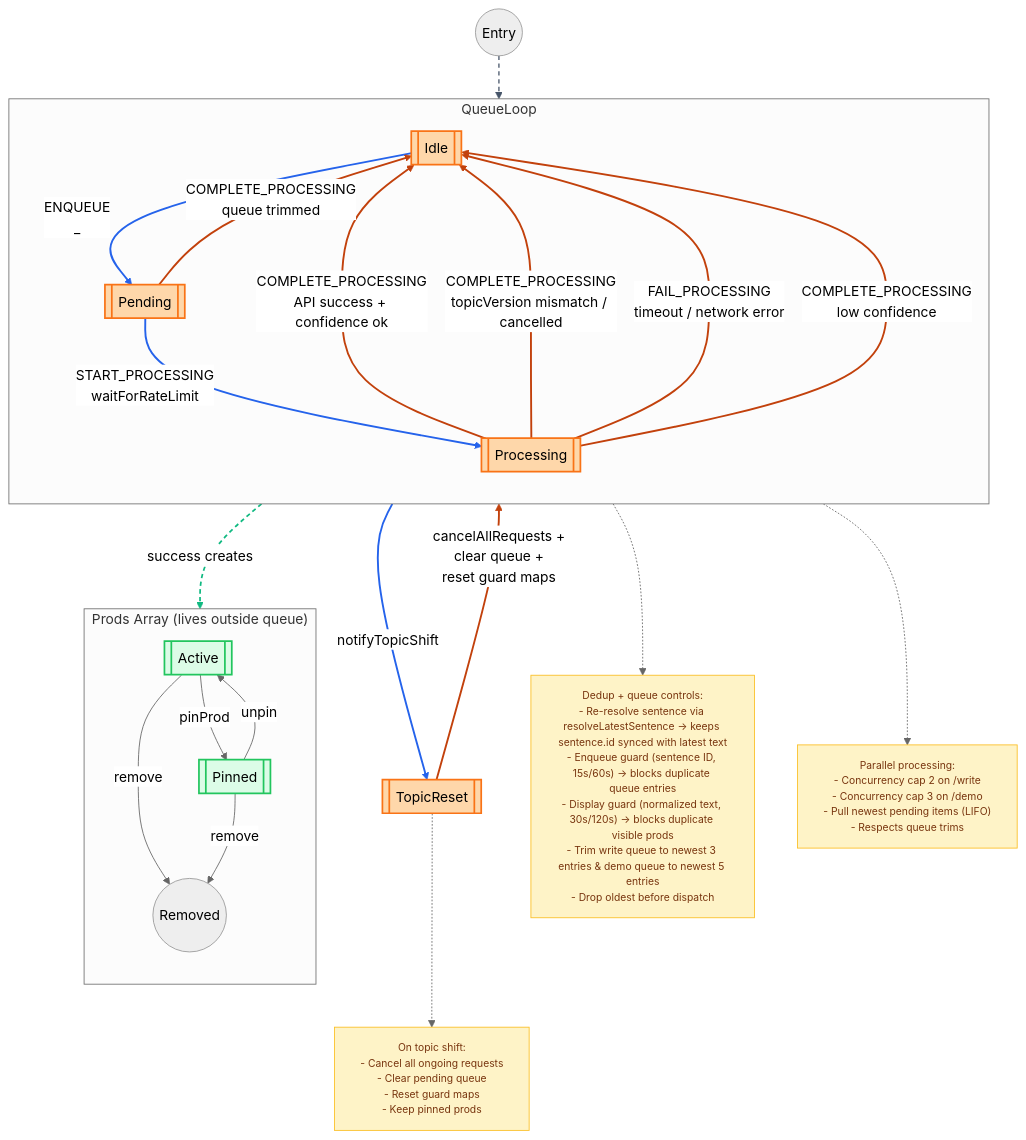
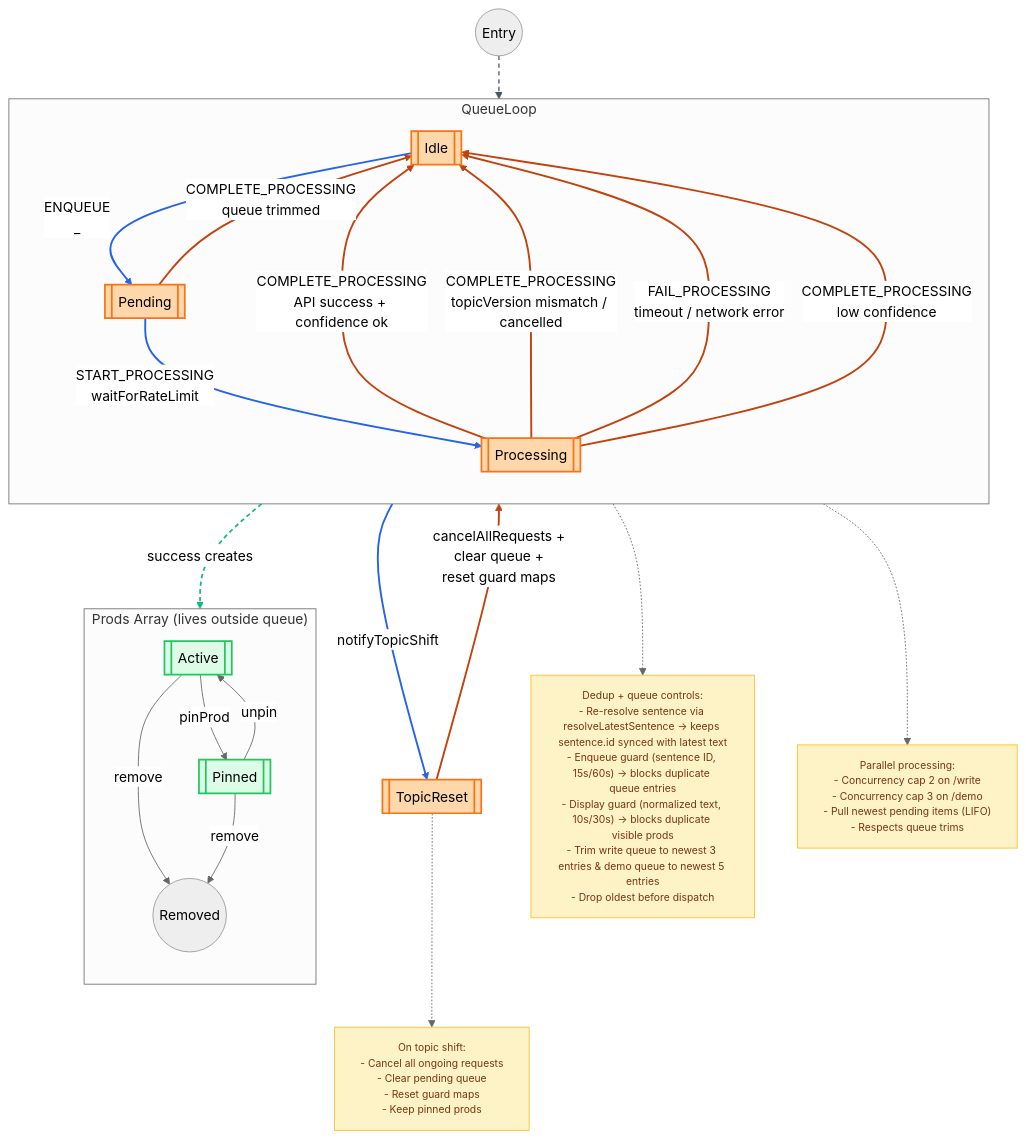
The diagram in docs/diagrams/prod-queue.mmd (andreicstoica/refract), drawn with Mermaid (neutral theme) before and after one commit. The commit also changed 4 other files, not shown here.

```diff
--- a/docs/diagrams/prod-queue.mmd
+++ b/docs/diagrams/prod-queue.mmd
@@ -1,56 +1,56 @@
 flowchart TB
   classDef note fill:#fef3c7,color:#78350f,stroke:#fbbf24,font-size:12px
   classDef queueClass fill:#fed7aa,stroke:#f97316,stroke-width:2px
   classDef stateClass fill:#dcfce7,stroke:#22c55e,stroke-width:2px
 
   subgraph QueueLoop [QueueLoop]
     direction TB
     Idle[[Idle]]
     Pending[[Pending]]
     Processing[[Processing]]
   end
 
   TopicReset[[TopicReset]]
 
   Entry((Entry)) --> Idle
   Idle -->|ENQUEUE<br>_| Pending
   Pending -->|COMPLETE_PROCESSING<br>queue trimmed| Idle
   Pending -->|START_PROCESSING<br>waitForRateLimit| Processing
   Processing -->|COMPLETE_PROCESSING<br>API success + confidence ok| Idle
   Processing -->|COMPLETE_PROCESSING<br>topicVersion mismatch / cancelled| Idle
   Processing -->|FAIL_PROCESSING<br>timeout / network error| Idle
   Processing -->|COMPLETE_PROCESSING<br>low confidence| Idle
   Idle -->|notifyTopicShift| TopicReset
   TopicReset -->|cancelAllRequests +<br>clear queue +<br>reset guard maps| Idle
   Processing -.->|success creates| ProdsActive
 
   linkStyle 0 stroke:#475569,stroke-width:1.5px,stroke-dasharray:5 4;
   linkStyle 1 stroke:#2563eb,stroke-width:2.2px;
   linkStyle 2 stroke:#c2410c,stroke-width:2.2px;
   linkStyle 3 stroke:#2563eb,stroke-width:2.2px;
   linkStyle 4 stroke:#c2410c,stroke-width:2.2px;
   linkStyle 5 stroke:#c2410c,stroke-width:2.2px;
   linkStyle 6 stroke:#c2410c,stroke-width:2.2px;
   linkStyle 7 stroke:#c2410c,stroke-width:2.2px;
   linkStyle 8 stroke:#2563eb,stroke-width:2.2px;
   linkStyle 9 stroke:#c2410c,stroke-width:2.2px;
   linkStyle 10 stroke:#10b981,stroke-width:2px,stroke-dasharray:5 4;
 
-  Pending -.-> PendingNote["Dedup + queue controls:<br>- Re-resolve sentence via resolveLatestSentence → keeps sentence.id synced with latest text<br>- Enqueue guard (sentence ID, 15s/60s) → blocks duplicate queue entries<br>- Display guard (normalized text, 30s/120s) → blocks duplicate visible prods<br>- Trim write queue to newest 3 entries & demo queue to newest 5 entries<br>- Drop oldest before dispatch"]:::note
+  Pending -.-> PendingNote["Dedup + queue controls:<br>- Re-resolve sentence via resolveLatestSentence → keeps sentence.id synced with latest text<br>- Enqueue guard (sentence ID, 15s/60s) → blocks duplicate queue entries<br>- Display guard (normalized text, 10s/30s) → blocks duplicate visible prods<br>- Trim write queue to newest 3 entries & demo queue to newest 5 entries<br>- Drop oldest before dispatch"]:::note
   
   Processing -.-> ProcessingNote["Parallel processing:<br>- Concurrency cap 2 on /write<br>- Concurrency cap 3 on /demo<br>- Pull newest pending items (LIFO)<br>- Respects queue trims"]:::note
   
   TopicReset -.-> TopicNote["On topic shift:<br>- Cancel all ongoing requests<br>- Clear pending queue<br>- Reset guard maps<br>- Keep pinned prods"]:::note
 
   subgraph ProdsArray ["Prods Array (lives outside queue)"]
     direction TB
     ProdsActive[[Active]]
     ProdsPinned[[Pinned]]
     ProdsActive -->|pinProd| ProdsPinned
     ProdsPinned -->|unpin| ProdsActive
     ProdsActive -->|remove| ProdsEnd((Removed))
     ProdsPinned -->|remove| ProdsEnd
   end
   
   class Idle,Pending,Processing,TopicReset queueClass
   class ProdsActive,ProdsPinned stateClass
```
